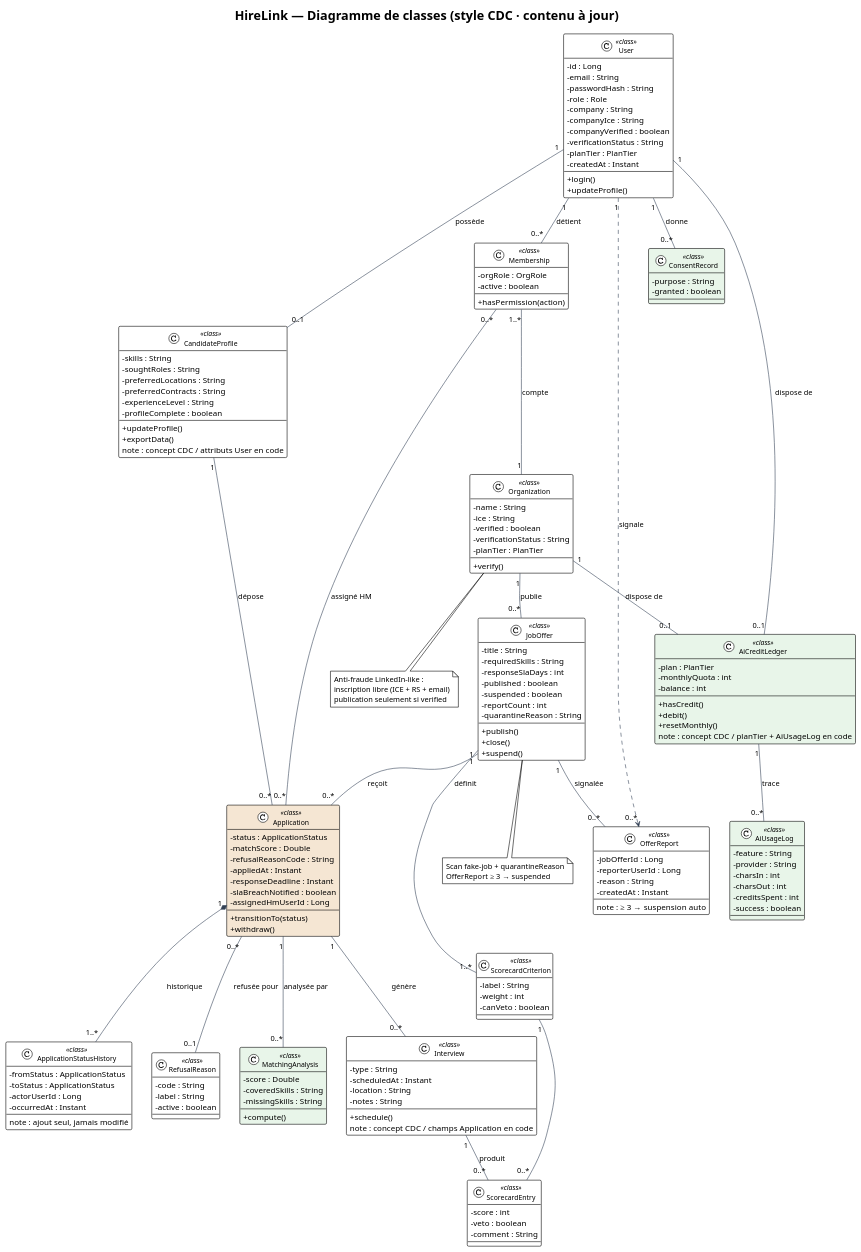
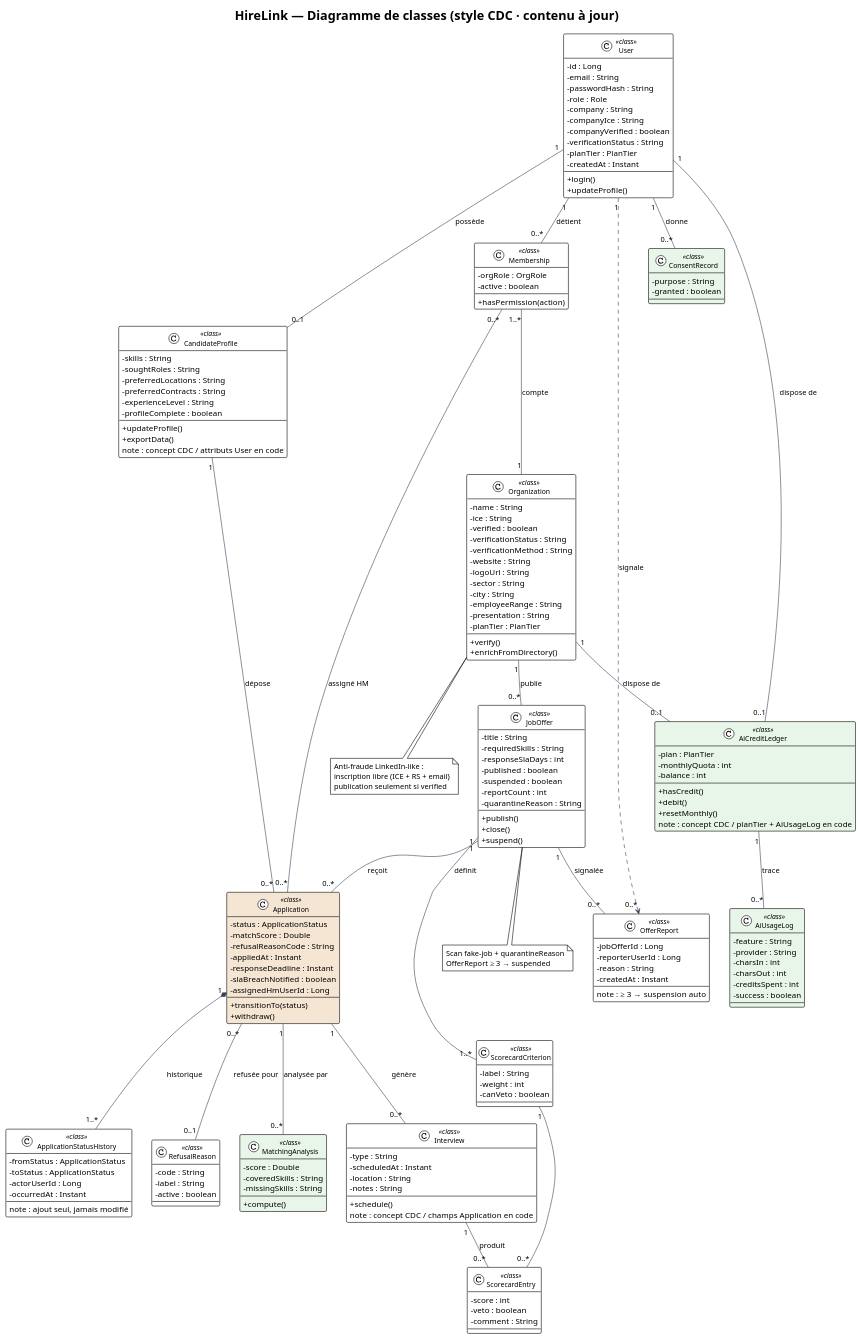
One commit to anadouae/HireLink changed the diagram in docs/diagrammes/diagramme_classes_hirelink_FINAL.puml. Above: the diagram before and after it, drawn with PlantUML. The commit also changed 205 other files, not shown here.

```diff
--- a/docs/diagrammes/diagramme_classes_hirelink_FINAL.puml
+++ b/docs/diagrammes/diagramme_classes_hirelink_FINAL.puml
@@ -43,9 +43,17 @@
   - ice : String
   - verified : boolean
   - verificationStatus : String
+  - verificationMethod : String
+  - website : String
+  - logoUrl : String
+  - sector : String
+  - city : String
+  - employeeRange : String
+  - presentation : String
   - planTier : PlanTier
   --
   + verify()
+  + enrichFromDirectory()
 }
 
 class Membership <<class>> {
```
